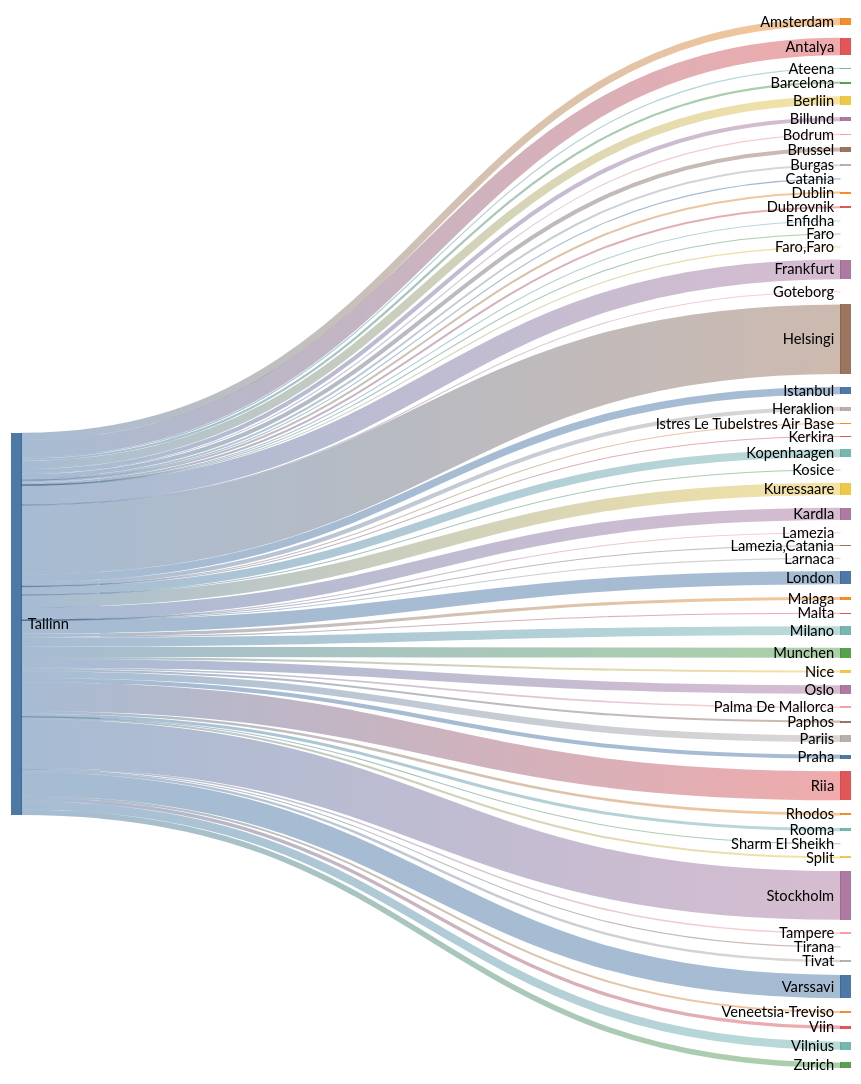
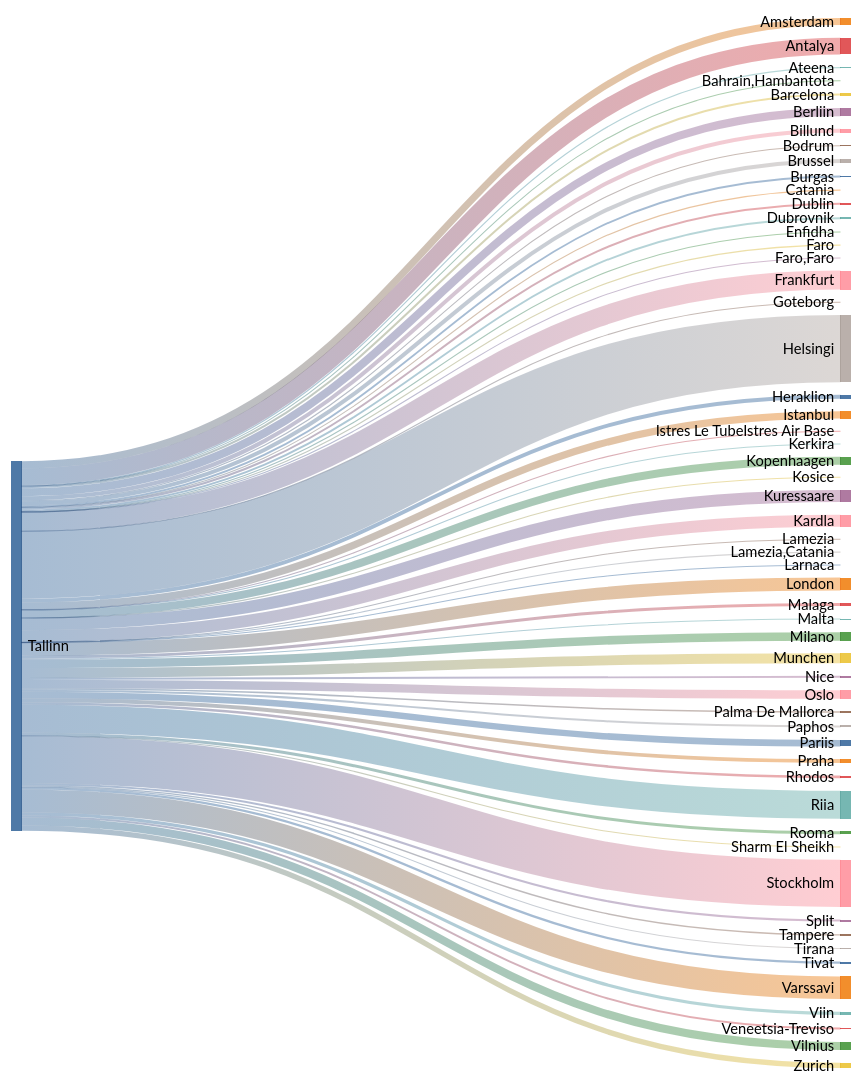
Before and after one commit to rainermesi/tll-airport-departures: the second of 2 diagrams in README.md, drawn with Mermaid (forest theme). The commit also changed other lines of this file, not shown here.

````diff
--- a/README.md
+++ b/README.md
@@ -34,67 +34,68 @@
 ```mermaid
 ---
 config:
   sankey:
     showValues: false
     width: 800
     height: 1000
 ---
 sankey-beta
 %% source,target,value
-Tallinn,Amsterdam,77
-Tallinn,Antalya,186
+Tallinn,Amsterdam,78
+Tallinn,Antalya,188
 Tallinn,Ateena,13
+Tallinn,"Bahrain,Hambantota",1
 Tallinn,Barcelona,23
-Tallinn,Berliin,88
-Tallinn,Billund,44
+Tallinn,Berliin,90
+Tallinn,Billund,45
 Tallinn,Bodrum,11
-Tallinn,Brussel,44
+Tallinn,Brussel,45
 Tallinn,Burgas,21
 Tallinn,Catania,2
 Tallinn,Dublin,22
 Tallinn,Dubrovnik,21
-Tallinn,Enfidha,5
+Tallinn,Enfidha,6
 Tallinn,Faro,4
 Tallinn,"Faro,Faro",1
-Tallinn,Frankfurt,210
+Tallinn,Frankfurt,213
 Tallinn,Goteborg,1
-Tallinn,Helsingi,744
+Tallinn,Helsingi,754
 Tallinn,Heraklion,44
-Tallinn,Istanbul,80
+Tallinn,Istanbul,81
 Tallinn,Istres Le TubeIstres Air Base,2
 Tallinn,Kerkira,4
-Tallinn,Kopenhaagen,87
+Tallinn,Kopenhaagen,88
 Tallinn,Kosice,1
-Tallinn,Kuressaare,133
-Tallinn,Kardla,133
+Tallinn,Kuressaare,135
+Tallinn,Kardla,135
 Tallinn,Lamezia,1
 Tallinn,"Lamezia,Catania",3
 Tallinn,Larnaca,2
-Tallinn,London,142
+Tallinn,London,144
 Tallinn,Malaga,33
 Tallinn,Malta,11
-Tallinn,Milano,94
-Tallinn,Munchen,109
+Tallinn,Milano,96
+Tallinn,Munchen,110
 Tallinn,Nice,22
-Tallinn,Oslo,93
+Tallinn,Oslo,94
 Tallinn,Palma De Mallorca,17
 Tallinn,Paphos,22
-Tallinn,Pariis,72
+Tallinn,Pariis,73
 Tallinn,Praha,44
-Tallinn,Rhodos,28
-Tallinn,Riia,309
-Tallinn,Rooma,33
-Tallinn,Sharm El Sheikh,1
-Tallinn,Split,22
-Tallinn,Stockholm,521
+Tallinn,Rhodos,29
+Tallinn,Riia,313
+Tallinn,Rooma,34
+Tallinn,Sharm El Sheikh,2
+Tallinn,Split,23
+Tallinn,Stockholm,529
 Tallinn,Tampere,16
 Tallinn,Tirana,8
 Tallinn,Tivat,26
-Tallinn,Varssavi,250
+Tallinn,Varssavi,254
 Tallinn,Veneetsia-Treviso,22
 Tallinn,Viin,36
-Tallinn,Vilnius,89
-Tallinn,Zurich,59
+Tallinn,Vilnius,90
+Tallinn,Zurich,60
 
 
 ```
````
